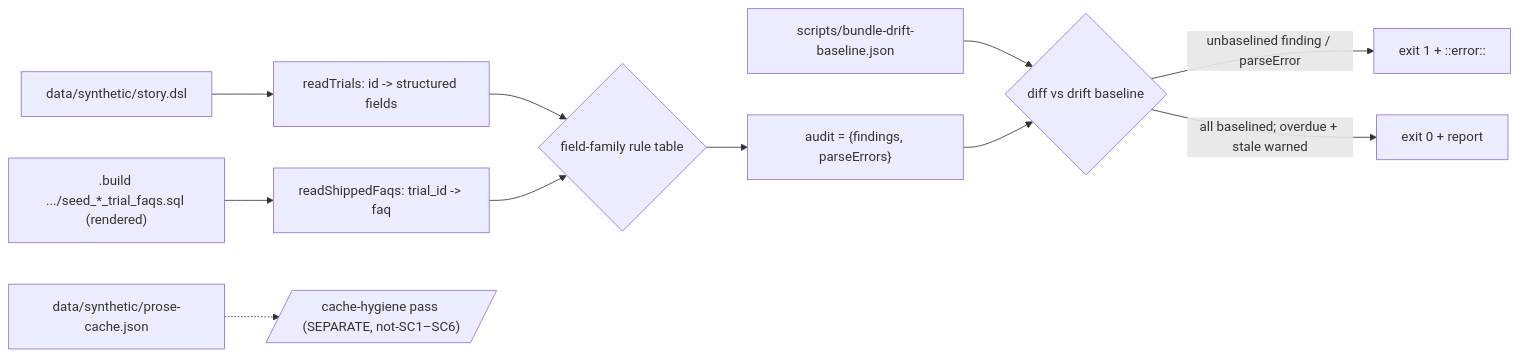
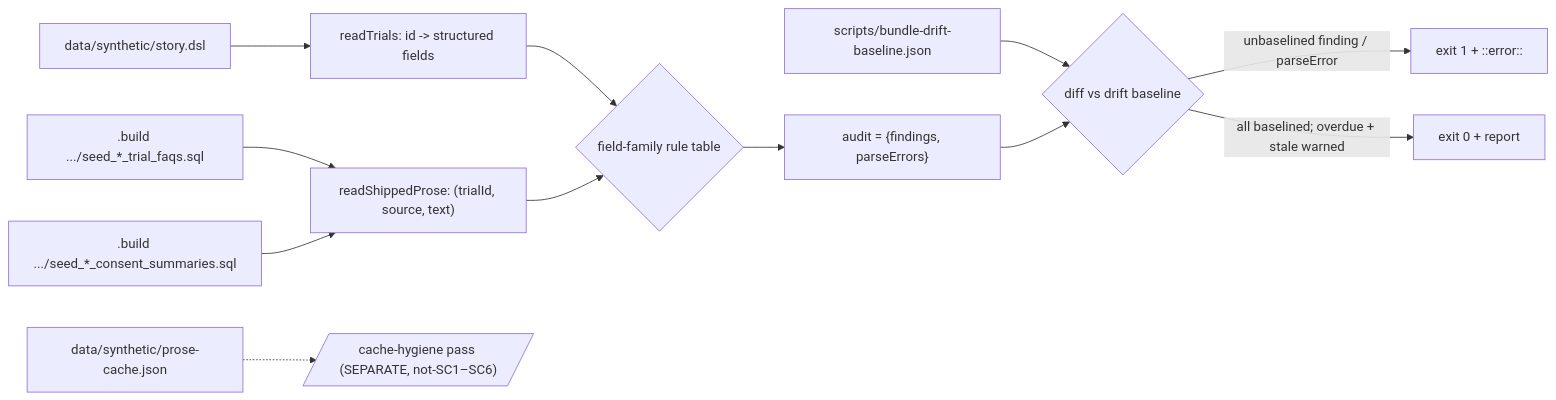
Before and after one commit to forwardimpact/bionova-apps: the diagram in specs/300-prose-field-drift-detector/design-a.md, drawn with Mermaid. The commit also changed other lines of this file, not shown here.

First line of the commit message:
design(300): widen operand to consent_summaries.summary (facilitator ask#1)

````diff
--- a/specs/300-prose-field-drift-detector/design-a.md
+++ b/specs/300-prose-field-drift-detector/design-a.md
@@ -55,13 +69,14 @@
 ```mermaid
 flowchart LR
   DSL[data/synthetic/story.dsl] --> FR[readTrials: id -> structured fields]
-  SEED[".build .../seed_*_trial_faqs.sql (rendered)"] --> PR[readShippedFaqs: trial_id -> faq]
+  FAQ[".build .../seed_*_trial_faqs.sql"] --> PR["readShippedProse: (trialId, source, text)"]
+  CON[".build .../seed_*_consent_summaries.sql"] --> PR
   FR --> RULE{field-family rule table}
   PR --> RULE
   RULE --> AUD["audit = {findings, parseErrors}"]
   BASE[scripts/bundle-drift-baseline.json] --> DIFF
   AUD --> DIFF{diff vs drift baseline}
   DIFF -->|unbaselined finding / parseError| FAIL[exit 1 + ::error::]
   DIFF -->|all baselined; overdue + stale warned| PASS[exit 0 + report]
   PC[data/synthetic/prose-cache.json] -.-> HYG[/"cache-hygiene pass (SEPARATE, not-SC1–SC6)"/]
 ```
````
